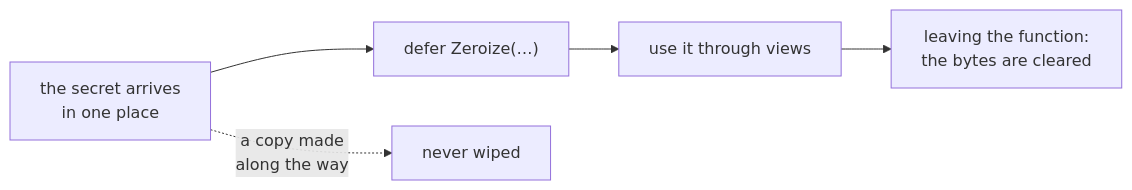
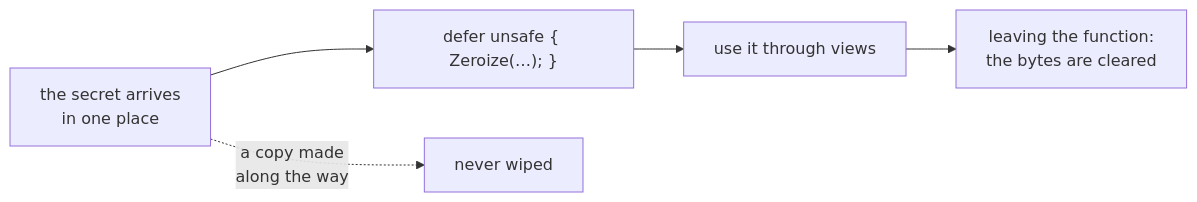
The diagram in content/docs/1.learn/15.memory/14.zeroize.md (rux-lang/Web), drawn with Mermaid before and after one commit. The commit also changed other lines of this file and 736 other files, not shown here.

````diff
--- a/content/docs/1.learn/15.memory/14.zeroize.md
+++ b/content/docs/1.learn/15.memory/14.zeroize.md
@@ -56,7 +57,7 @@
 ```mermaid
 flowchart LR
-    arrive["the secret arrives<br/>in one place"] --> d["`defer Zeroize(…)`"]
+    arrive["the secret arrives<br/>in one place"] --> d["`defer unsafe { Zeroize(…); }`"]
     d --> use["use it through views"]
     use --> wipe["leaving the function:<br/>the bytes are cleared"]
     arrive -. "a copy made<br/>along the way" .-> copy["never wiped"]
 ```
````
